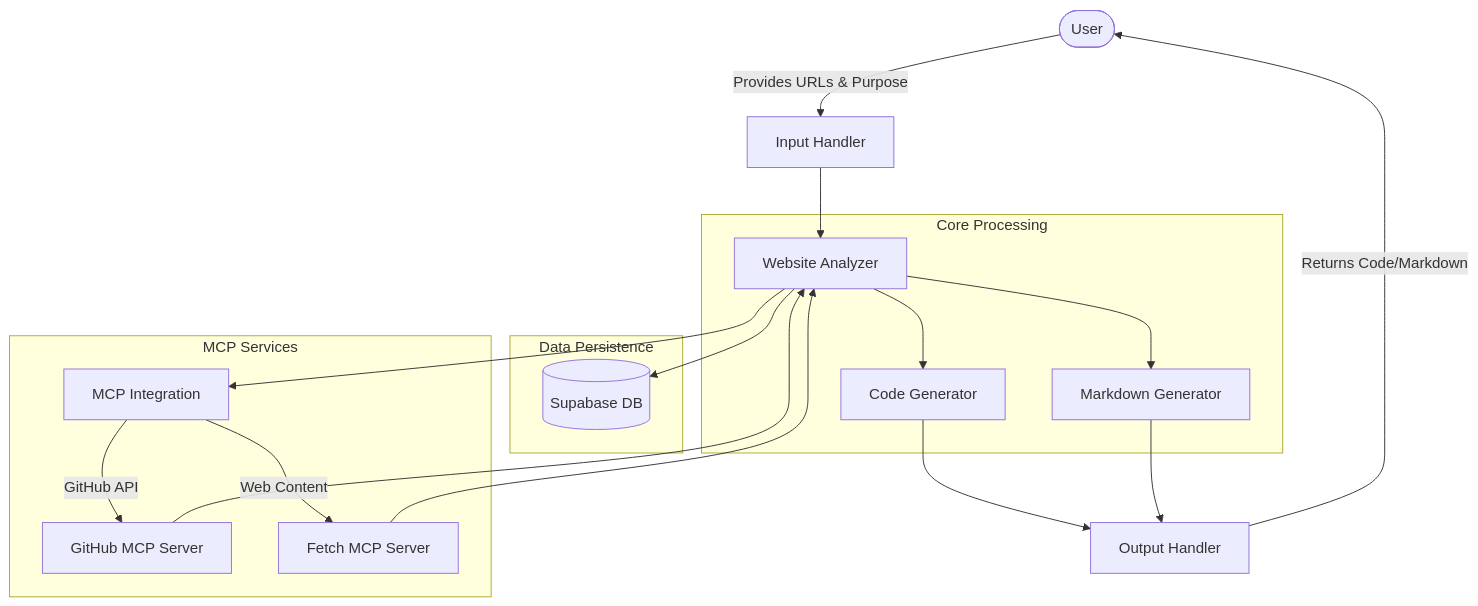
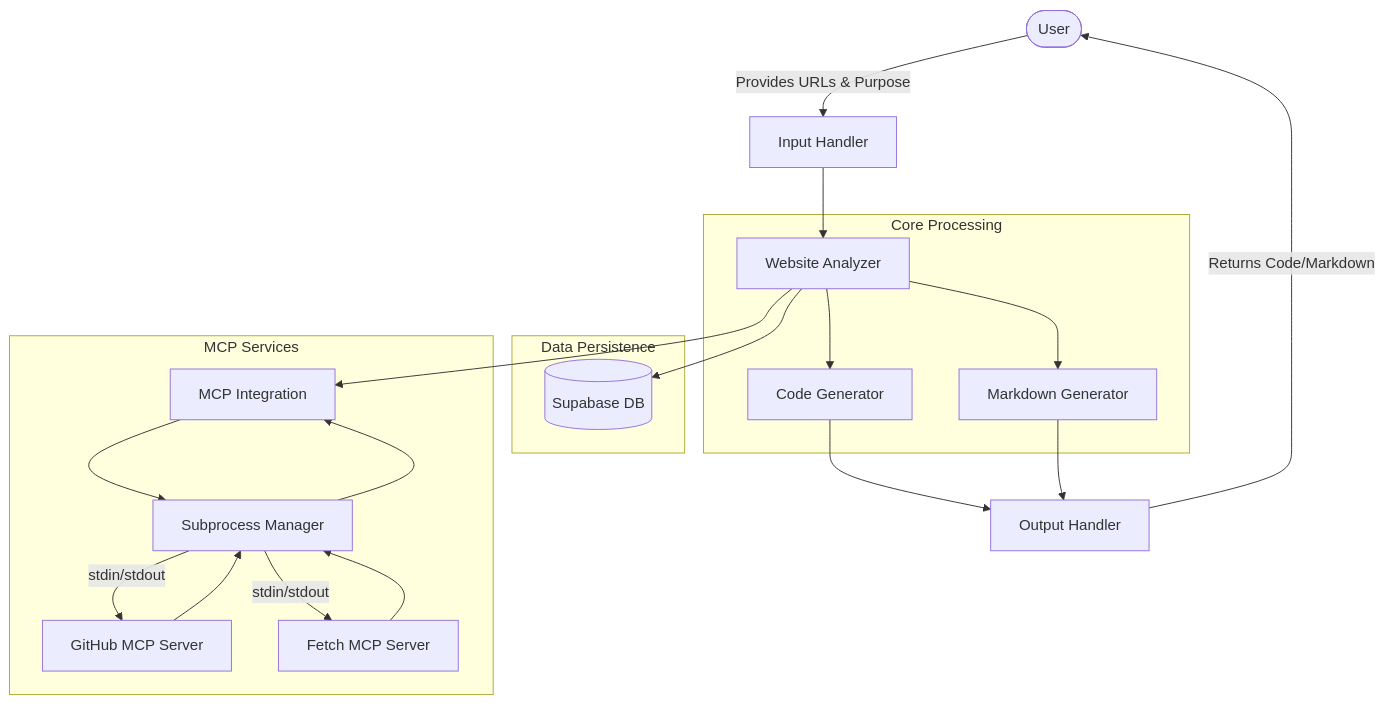
The first of 2 diagrams in memory-bank/systemPatterns.md (sulli365/crawl4ai-rag), drawn with Mermaid before and after one commit. The commit also changed other lines of this file and 10 other files, not shown here.

Commit message:
switching to stdio for github mcp usage

````diff
--- a/memory-bank/systemPatterns.md
+++ b/memory-bank/systemPatterns.md
@@ -7,36 +7,39 @@
 ```mermaid
 flowchart TD
     User([User]) -->|Provides URLs & Purpose| Input[Input Handler]
     Input --> Analyzer[Website Analyzer]
     
     Analyzer --> MCP[MCP Integration]
-    MCP -->|GitHub API| GithubMCP[GitHub MCP Server]
-    MCP -->|Web Content| FetchMCP[Fetch MCP Server]
+    MCP --> SubprocessMgr[Subprocess Manager]
+    SubprocessMgr -->|stdin/stdout| GithubMCP[GitHub MCP Server]
+    SubprocessMgr -->|stdin/stdout| FetchMCP[Fetch MCP Server]
     
     Analyzer --> DB[(Supabase DB)]
     Analyzer --> CodeGen[Code Generator]
     Analyzer --> MarkdownGen[Markdown Generator]
     
-    GithubMCP --> Analyzer
-    FetchMCP --> Analyzer
+    GithubMCP --> SubprocessMgr
+    FetchMCP --> SubprocessMgr
+    SubprocessMgr --> MCP
     
     CodeGen --> Output[Output Handler]
     MarkdownGen --> Output
     Output -->|Returns Code/Markdown| User
     
     subgraph "Data Persistence"
         DB
     end
     
     subgraph "Core Processing"
         Analyzer
         CodeGen
         MarkdownGen
     end
     
     subgraph "MCP Services"
         MCP
+        SubprocessMgr
         GithubMCP
         FetchMCP
     end
 ```
````
